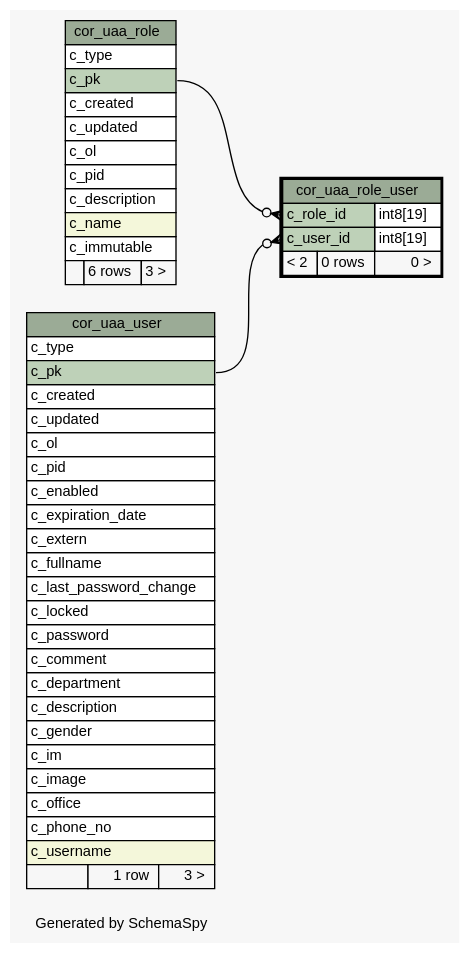
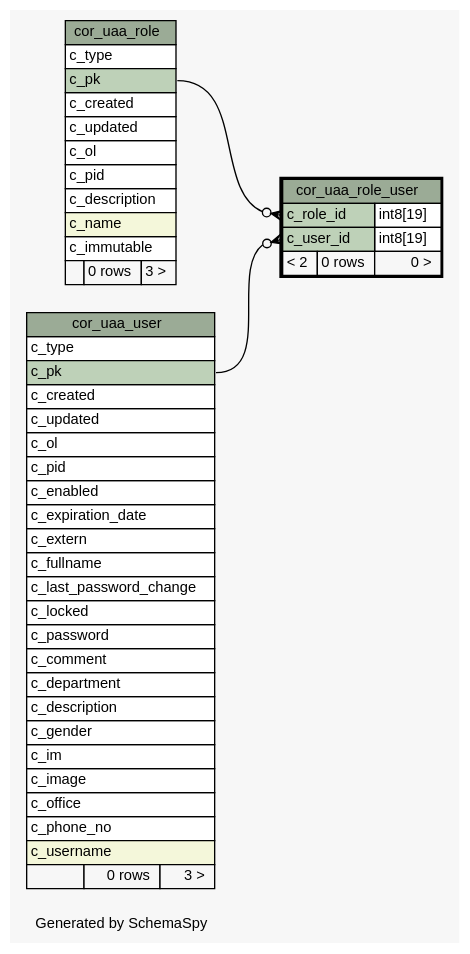
One commit to openwms/org.openwms.core.uaa changed the diagram in 1.1.0-SNAPSHOT/schemaspy/diagrams/cor_uaa_role_user.1degree.dot. Above: the diagram before and after it, drawn with Graphviz. The commit also changed 402 other files, not shown here.

```diff
--- a/1.1.0-SNAPSHOT/schemaspy/diagrams/cor_uaa_role_user.1degree.dot
+++ b/1.1.0-SNAPSHOT/schemaspy/diagrams/cor_uaa_role_user.1degree.dot
@@ -1,84 +1,84 @@
-// dot 2.38.0 on Linux 4.15.0-1077-gcp
+// dot 2.43.0 on Linux 5.4.0-1039-azure
 // SchemaSpy rev Unknown
 digraph "oneDegreeRelationshipsDiagram" {
   graph [
     rankdir="RL"
     bgcolor="#f7f7f7"
     label="\nGenerated by SchemaSpy"
     labeljust="l"
     nodesep="0.18"
     ranksep="0.46"
     fontname="Helvetica"
     fontsize="11"
   ];
   node [
     fontname="Helvetica"
     fontsize="11"
     shape="plaintext"
   ];
   edge [
     arrowsize="0.8"
   ];
   "cor_uaa_role_user":"c_role_id":w -> "cor_uaa_role":"c_pk":e [arrowhead=none dir=back arrowtail=crowodot];
   "cor_uaa_role_user":"c_user_id":w -> "cor_uaa_user":"c_pk":e [arrowhead=none dir=back arrowtail=crowodot];
   "cor_uaa_role" [
     label=<
     <TABLE BORDER="0" CELLBORDER="1" CELLSPACING="0" BGCOLOR="#ffffff">
       <TR><TD COLSPAN="3" BGCOLOR="#9bab96" ALIGN="CENTER">cor_uaa_role</TD></TR>
       <TR><TD PORT="c_type" COLSPAN="3" ALIGN="LEFT">c_type</TD></TR>
       <TR><TD PORT="c_pk" COLSPAN="3" BGCOLOR="#bed1b8" ALIGN="LEFT">c_pk</TD></TR>
       <TR><TD PORT="c_created" COLSPAN="3" ALIGN="LEFT">c_created</TD></TR>
       <TR><TD PORT="c_updated" COLSPAN="3" ALIGN="LEFT">c_updated</TD></TR>
       <TR><TD PORT="c_ol" COLSPAN="3" ALIGN="LEFT">c_ol</TD></TR>
       <TR><TD PORT="c_pid" COLSPAN="3" ALIGN="LEFT">c_pid</TD></TR>
       <TR><TD PORT="c_description" COLSPAN="3" ALIGN="LEFT">c_description</TD></TR>
       <TR><TD PORT="c_name" COLSPAN="3" BGCOLOR="#f4f7da" ALIGN="LEFT">c_name</TD></TR>
       <TR><TD PORT="c_immutable" COLSPAN="3" ALIGN="LEFT">c_immutable</TD></TR>
-      <TR><TD ALIGN="LEFT" BGCOLOR="#f7f7f7">  </TD><TD ALIGN="RIGHT" BGCOLOR="#f7f7f7">6 rows</TD><TD ALIGN="RIGHT" BGCOLOR="#f7f7f7">3 &gt;</TD></TR>
+      <TR><TD ALIGN="LEFT" BGCOLOR="#f7f7f7">  </TD><TD ALIGN="RIGHT" BGCOLOR="#f7f7f7">0 rows</TD><TD ALIGN="RIGHT" BGCOLOR="#f7f7f7">3 &gt;</TD></TR>
     </TABLE>>
     URL="cor_uaa_role.html"
     tooltip="cor_uaa_role"
   ];
   "cor_uaa_role_user" [
     label=<
     <TABLE BORDER="2" CELLBORDER="1" CELLSPACING="0" BGCOLOR="#ffffff">
       <TR><TD COLSPAN="3" BGCOLOR="#9bab96" ALIGN="CENTER">cor_uaa_role_user</TD></TR>
       <TR><TD PORT="c_role_id" COLSPAN="2" BGCOLOR="#bed1b8" ALIGN="LEFT">c_role_id</TD><TD PORT="c_role_id.type" ALIGN="LEFT">int8[19]</TD></TR>
       <TR><TD PORT="c_user_id" COLSPAN="2" BGCOLOR="#bed1b8" ALIGN="LEFT">c_user_id</TD><TD PORT="c_user_id.type" ALIGN="LEFT">int8[19]</TD></TR>
       <TR><TD ALIGN="LEFT" BGCOLOR="#f7f7f7">&lt; 2</TD><TD ALIGN="RIGHT" BGCOLOR="#f7f7f7">0 rows</TD><TD ALIGN="RIGHT" BGCOLOR="#f7f7f7">0 &gt;</TD></TR>
     </TABLE>>
     URL="cor_uaa_role_user.html"
     tooltip="cor_uaa_role_user"
   ];
   "cor_uaa_user" [
     label=<
     <TABLE BORDER="0" CELLBORDER="1" CELLSPACING="0" BGCOLOR="#ffffff">
       <TR><TD COLSPAN="3" BGCOLOR="#9bab96" ALIGN="CENTER">cor_uaa_user</TD></TR>
       <TR><TD PORT="c_type" COLSPAN="3" ALIGN="LEFT">c_type</TD></TR>
       <TR><TD PORT="c_pk" COLSPAN="3" BGCOLOR="#bed1b8" ALIGN="LEFT">c_pk</TD></TR>
       <TR><TD PORT="c_created" COLSPAN="3" ALIGN="LEFT">c_created</TD></TR>
       <TR><TD PORT="c_updated" COLSPAN="3" ALIGN="LEFT">c_updated</TD></TR>
       <TR><TD PORT="c_ol" COLSPAN="3" ALIGN="LEFT">c_ol</TD></TR>
       <TR><TD PORT="c_pid" COLSPAN="3" ALIGN="LEFT">c_pid</TD></TR>
       <TR><TD PORT="c_enabled" COLSPAN="3" ALIGN="LEFT">c_enabled</TD></TR>
       <TR><TD PORT="c_expiration_date" COLSPAN="3" ALIGN="LEFT">c_expiration_date</TD></TR>
       <TR><TD PORT="c_extern" COLSPAN="3" ALIGN="LEFT">c_extern</TD></TR>
       <TR><TD PORT="c_fullname" COLSPAN="3" ALIGN="LEFT">c_fullname</TD></TR>
       <TR><TD PORT="c_last_password_change" COLSPAN="3" ALIGN="LEFT">c_last_password_change</TD></TR>
       <TR><TD PORT="c_locked" COLSPAN="3" ALIGN="LEFT">c_locked</TD></TR>
       <TR><TD PORT="c_password" COLSPAN="3" ALIGN="LEFT">c_password</TD></TR>
       <TR><TD PORT="c_comment" COLSPAN="3" ALIGN="LEFT">c_comment</TD></TR>
       <TR><TD PORT="c_department" COLSPAN="3" ALIGN="LEFT">c_department</TD></TR>
       <TR><TD PORT="c_description" COLSPAN="3" ALIGN="LEFT">c_description</TD></TR>
       <TR><TD PORT="c_gender" COLSPAN="3" ALIGN="LEFT">c_gender</TD></TR>
       <TR><TD PORT="c_im" COLSPAN="3" ALIGN="LEFT">c_im</TD></TR>
       <TR><TD PORT="c_image" COLSPAN="3" ALIGN="LEFT">c_image</TD></TR>
       <TR><TD PORT="c_office" COLSPAN="3" ALIGN="LEFT">c_office</TD></TR>
       <TR><TD PORT="c_phone_no" COLSPAN="3" ALIGN="LEFT">c_phone_no</TD></TR>
       <TR><TD PORT="c_username" COLSPAN="3" BGCOLOR="#f4f7da" ALIGN="LEFT">c_username</TD></TR>
-      <TR><TD ALIGN="LEFT" BGCOLOR="#f7f7f7">  </TD><TD ALIGN="RIGHT" BGCOLOR="#f7f7f7">1 row</TD><TD ALIGN="RIGHT" BGCOLOR="#f7f7f7">3 &gt;</TD></TR>
+      <TR><TD ALIGN="LEFT" BGCOLOR="#f7f7f7">  </TD><TD ALIGN="RIGHT" BGCOLOR="#f7f7f7">0 rows</TD><TD ALIGN="RIGHT" BGCOLOR="#f7f7f7">3 &gt;</TD></TR>
     </TABLE>>
     URL="cor_uaa_user.html"
     tooltip="cor_uaa_user"
   ];
 }
```
